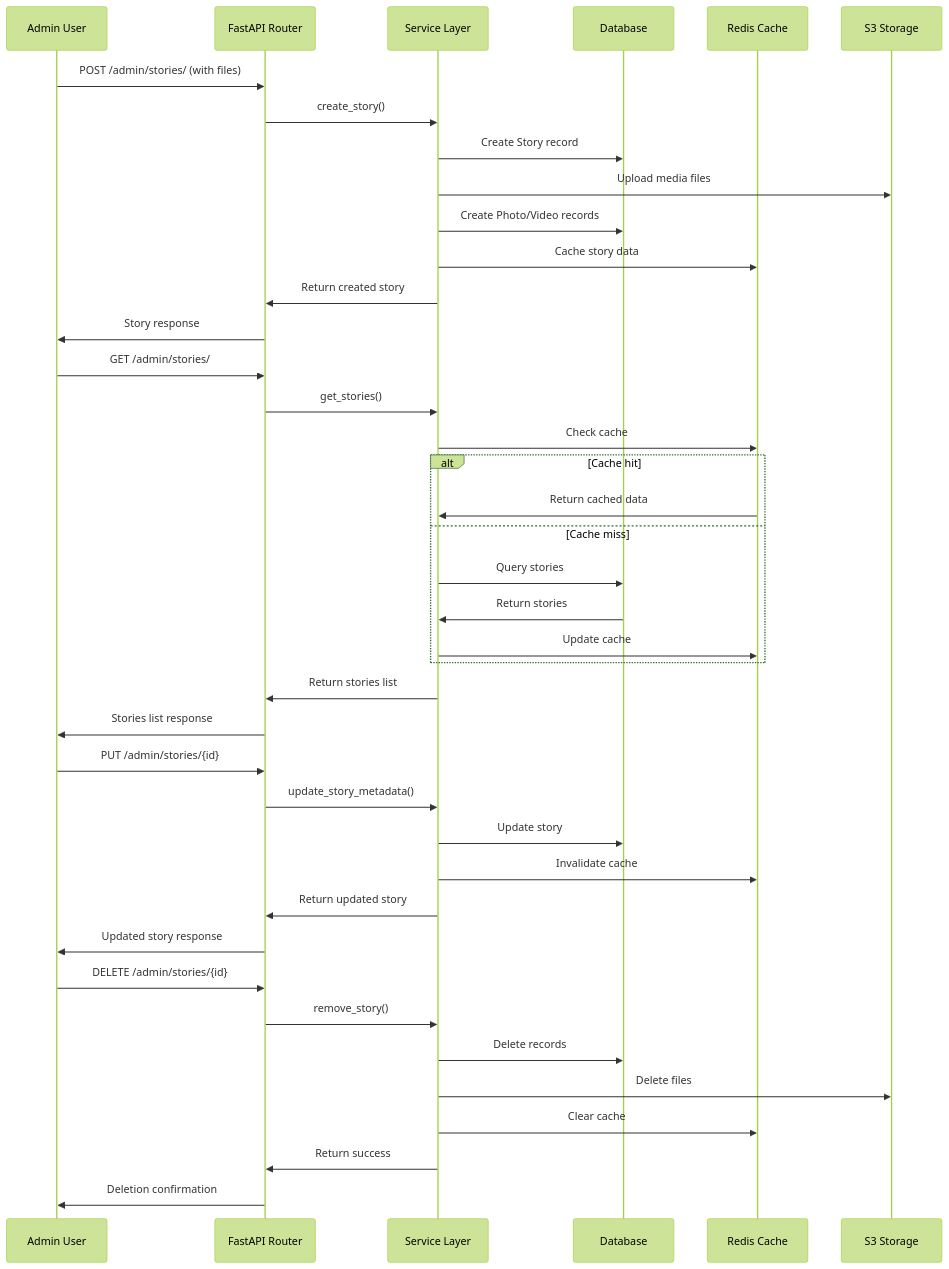
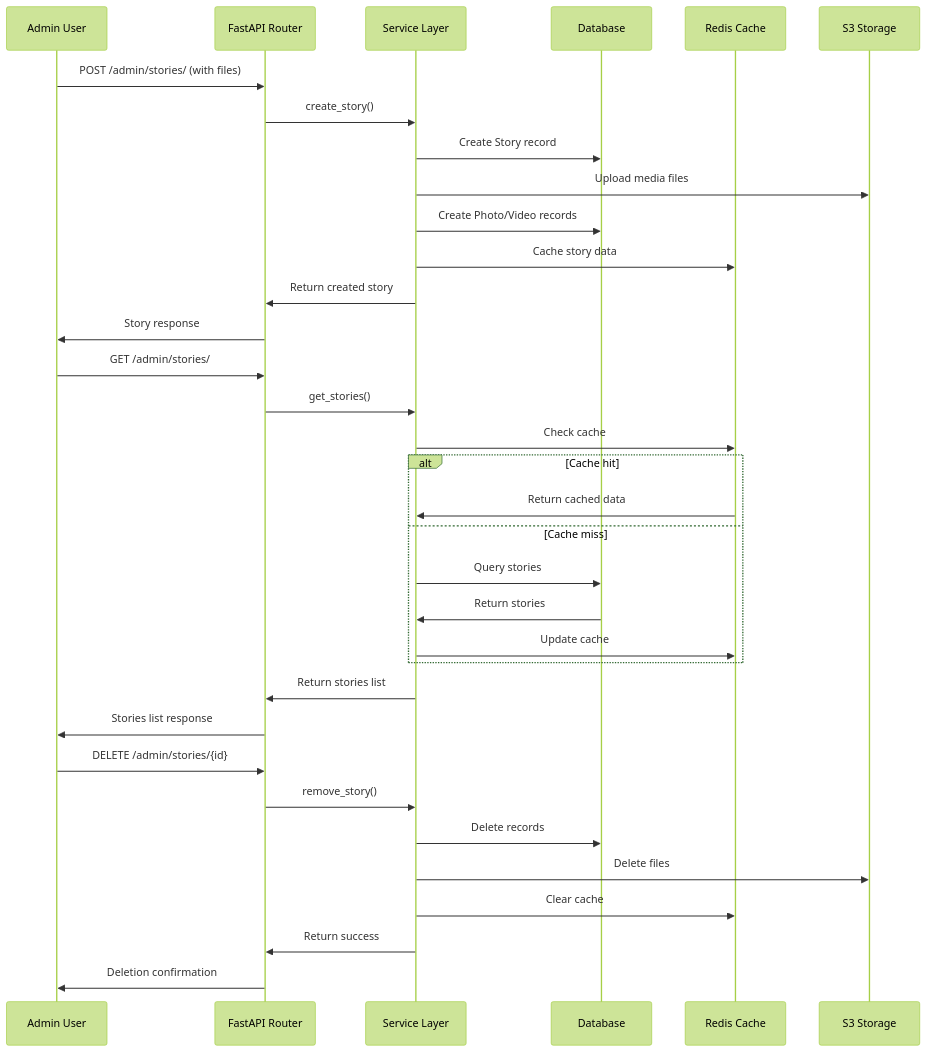
The fourth of 4 diagrams in README2.md (Amtilan/cpp), drawn with Mermaid (forest theme) before and after one commit. The commit also changed other lines of this file, not shown here.

````diff
--- a/README2.md
+++ b/README2.md
@@ -1060,46 +601,39 @@
 ```mermaid
 sequenceDiagram
     participant Admin as Admin User
     participant API as FastAPI Router
     participant Service as Service Layer
     participant DB as Database
     participant Cache as Redis Cache
     participant S3 as S3 Storage
     
     Admin->>API: POST /admin/stories/ (with files)
     API->>Service: create_story()
     Service->>DB: Create Story record
     Service->>S3: Upload media files
     Service->>DB: Create Photo/Video records
     Service->>Cache: Cache story data
     Service->>API: Return created story
     API->>Admin: Story response
     
     Admin->>API: GET /admin/stories/
     API->>Service: get_stories()
     Service->>Cache: Check cache
     alt Cache hit
         Cache->>Service: Return cached data
     else Cache miss
         Service->>DB: Query stories
         DB->>Service: Return stories
         Service->>Cache: Update cache
     end
     Service->>API: Return stories list
     API->>Admin: Stories list response
     
-    Admin->>API: PUT /admin/stories/{id}
-    API->>Service: update_story_metadata()
-    Service->>DB: Update story
-    Service->>Cache: Invalidate cache
-    Service->>API: Return updated story
-    API->>Admin: Updated story response
-    
     Admin->>API: DELETE /admin/stories/{id}
     API->>Service: remove_story()
     Service->>DB: Delete records
     Service->>S3: Delete files
     Service->>Cache: Clear cache
     Service->>API: Return success
     API->>Admin: Deletion confirmation
 ```
````
